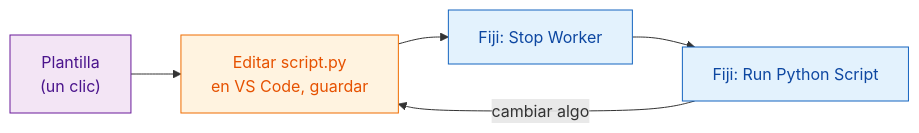
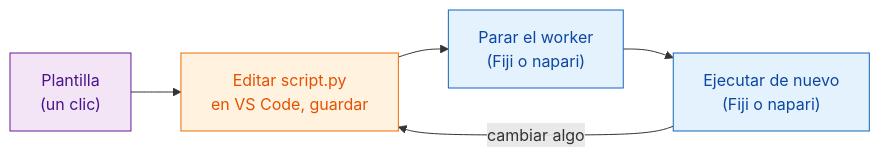
The diagram in guide/write/get-the-template.es.md (Oxford-Zeiss-Centre-of-Excellence/Wavu), drawn with Mermaid before and after one commit. The commit also changed other lines of this file and 70 other files, not shown here.

First line of the commit message:
docs(site): Oxford blue theme with partner logos; napari throughout "Write a script"; FAIR marketplace

````diff
--- a/guide/write/get-the-template.es.md
+++ b/guide/write/get-the-template.es.md
@@ -15,13 +17,13 @@
 ```mermaid
 flowchart LR
     T["Plantilla<br/>(un clic)"]:::env
     V["Editar script.py<br/>en VS Code, guardar"]:::script
-    S["Fiji: Stop Worker"]:::fiji
-    R["Fiji: Run Python Script"]:::fiji
+    S["Parar el worker<br/>(Fiji o napari)"]:::fiji
+    R["Ejecutar de nuevo<br/>(Fiji o napari)"]:::fiji
     T --> V --> S --> R
     R -- "cambiar algo" --> V
 
     classDef fiji   fill:#e3f2fd,stroke:#1565c0,color:#0d47a1
     classDef script fill:#fff3e0,stroke:#ef6c00,color:#e65100
     classDef env    fill:#f3e5f5,stroke:#6a1b9a,color:#4a148c
 ```
````
